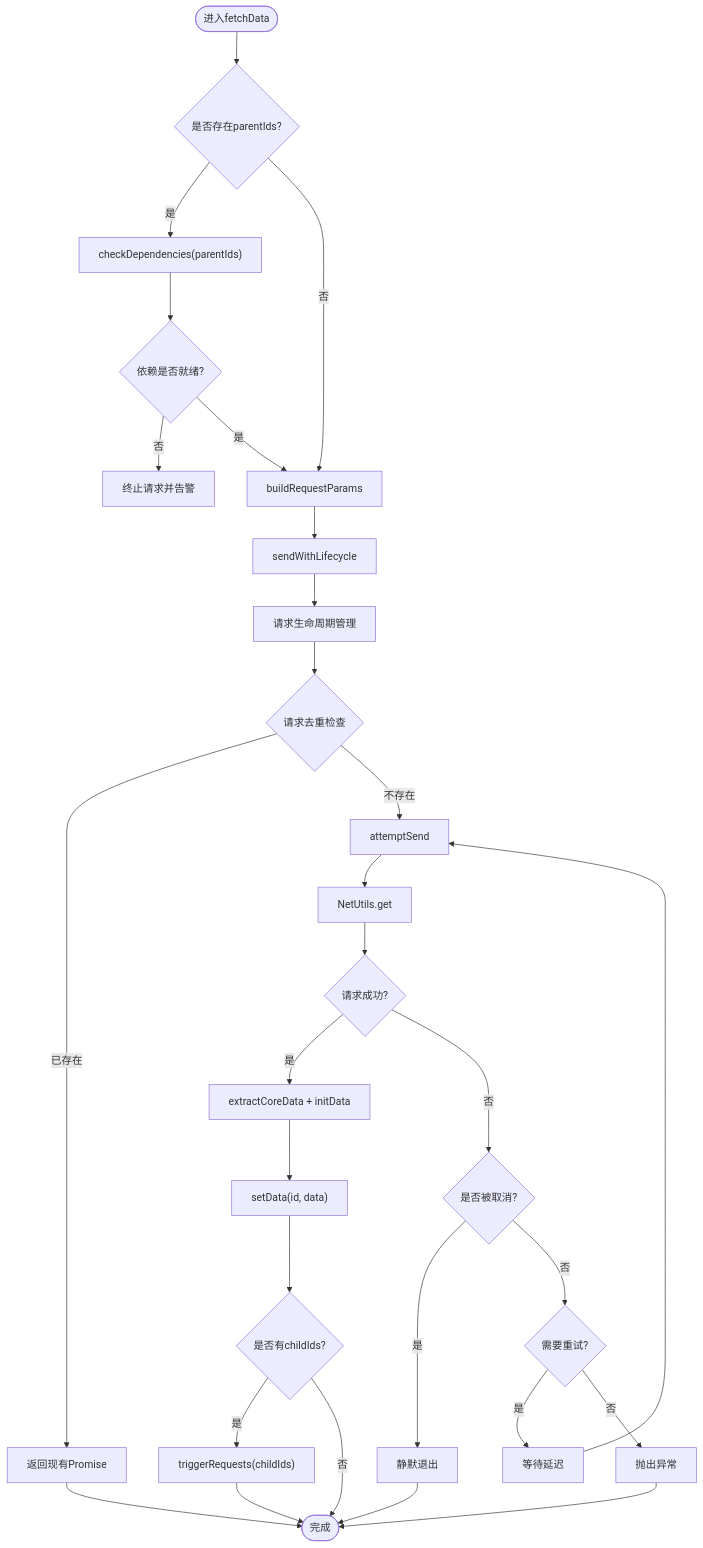
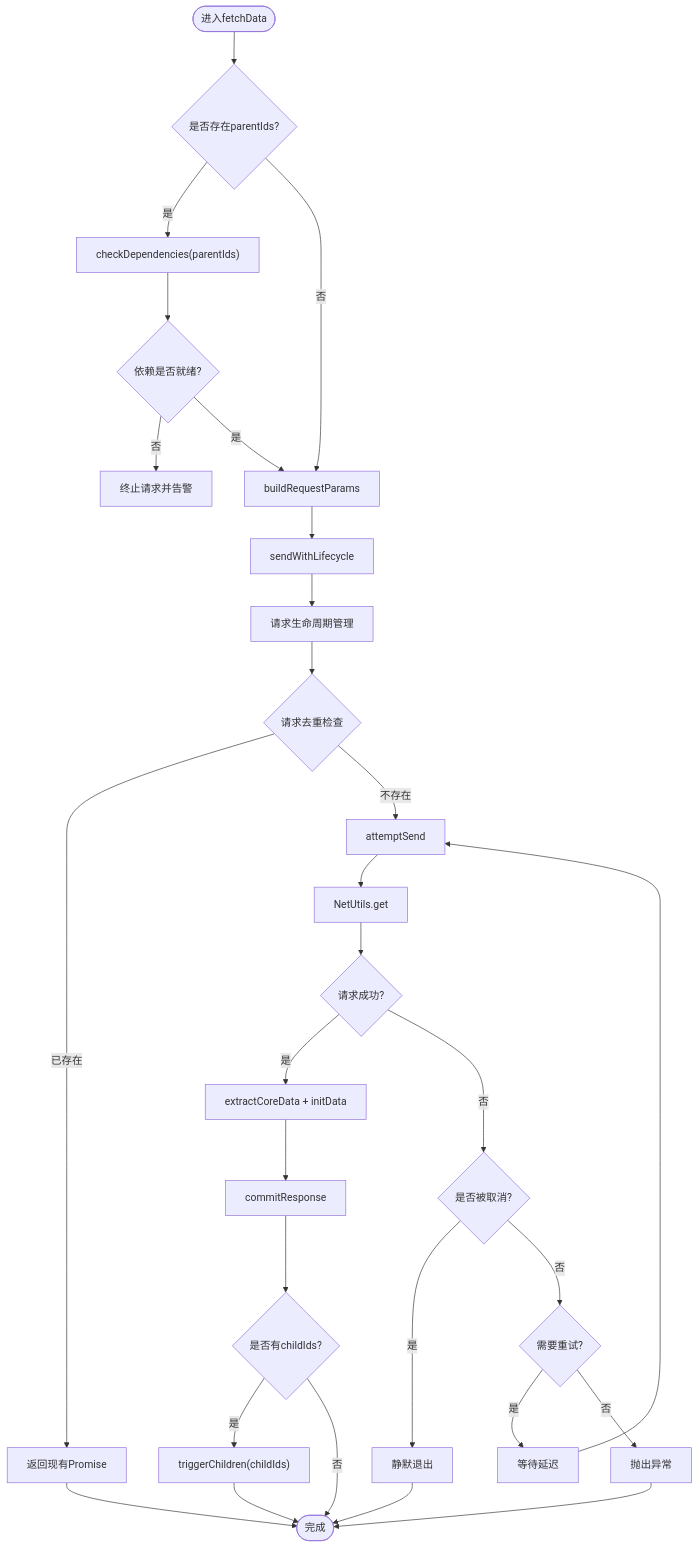
One commit to liqiongke/FrontArk changed the fourth of 8 diagrams in .qoder/repowiki/zh/content/架构设计/数据流管理/请求生命周期.md. Above: the diagram before and after it, drawn with Mermaid. The commit also changed other lines of this file and 19 other files, not shown here.

````diff
--- a/.qoder/repowiki/zh/content/架构设计/数据流管理/请求生命周期.md
+++ b/.qoder/repowiki/zh/content/架构设计/数据流管理/请求生命周期.md
@@ -208,31 +198,31 @@
 ```mermaid
 flowchart TD
 Start(["进入fetchData"]) --> CheckParent{"是否存在parentIds?"}
 CheckParent --> |是| WaitParent["checkDependencies(parentIds)"]
 CheckParent --> |否| BuildParams["buildRequestParams"]
 WaitParent --> DepOK{"依赖是否就绪?"}
 DepOK --> |否| Abort["终止请求并告警"]
 DepOK --> |是| BuildParams
 BuildParams --> Send["sendWithLifecycle"]
 Send --> Lifecycle["请求生命周期管理"]
 Lifecycle --> Dedup{"请求去重检查"}
 Dedup --> |已存在| ReturnPromise["返回现有Promise"]
 Dedup --> |不存在| AttemptSend["attemptSend"]
 AttemptSend --> Network["NetUtils.get"]
 Network --> Success{"请求成功?"}
 Success --> |是| Parse["extractCoreData + initData"]
 Success --> |否| CheckCancel{"是否被取消?"}
 CheckCancel --> |是| SilentExit["静默退出"]
 CheckCancel --> |否| RetryCheck{"需要重试?"}
 RetryCheck --> |是| WaitDelay["等待延迟"]
 WaitDelay --> AttemptSend
 RetryCheck --> |否| ThrowError["抛出异常"]
-Parse --> Save["setData(id, data)"]
+Parse --> Save["commitResponse"]
 Save --> ChildCheck{"是否有childIds?"}
-ChildCheck --> |是| TriggerChild["triggerRequests(childIds)"]
+ChildCheck --> |是| TriggerChild["triggerChildren(childIds)"]
 ChildCheck --> |否| End(["完成"])
 TriggerChild --> End
 ReturnPromise --> End
 SilentExit --> End
 ThrowError --> End
 ```
````
